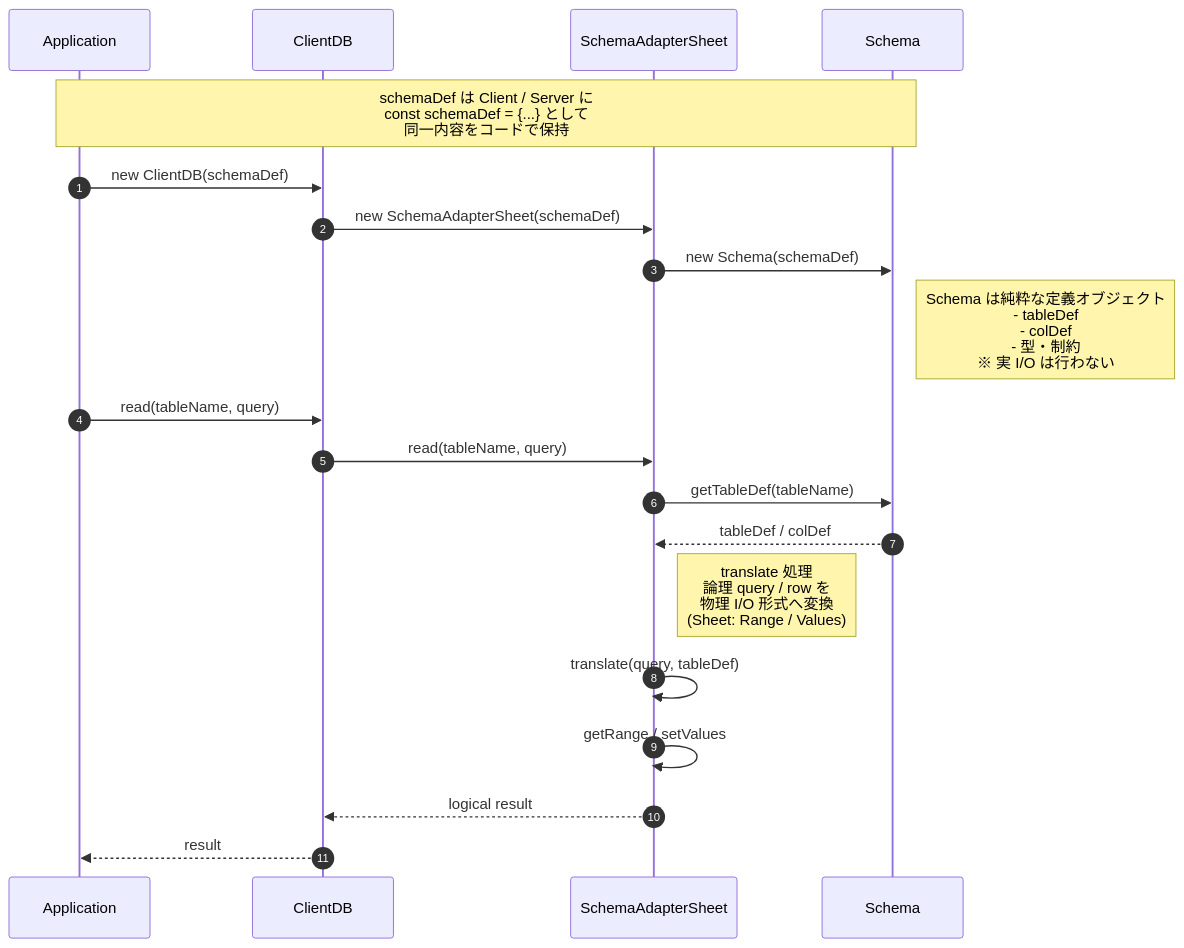
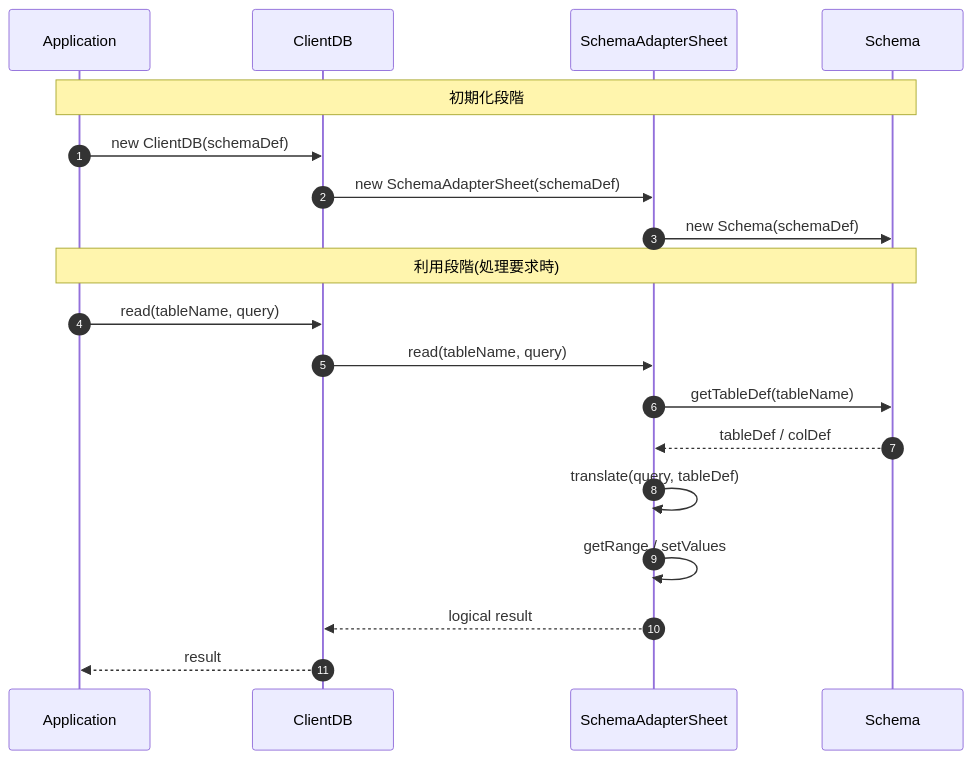
Before and after one commit to nakaone/library: the diagram in underDev/Schema/sequence.md, drawn with Mermaid. The commit also changed other lines of this file, not shown here.

````diff
--- a/underDev/Schema/sequence.md
+++ b/underDev/Schema/sequence.md
@@ -3,32 +8,30 @@
 ```mermaid
 sequenceDiagram
-    autonumber
+  autonumber
 
-    participant App as Application
-    participant DB as ClientDB
-    participant Adapter as SchemaAdapterSheet
-    participant Schema as Schema
+  participant App as Application
+  participant DB as ClientDB
+  participant Adapter as SchemaAdapterSheet
+  participant Schema as Schema
 
-    Note over App,Schema: schemaDef は Client / Server に<br/>const schemaDef = {...} として<br/>同一内容をコードで保持
+  Note over App,Schema: 初期化段階
 
-    %% 初期化フェーズ
-    App->>DB: new ClientDB(schemaDef)
-    DB->>Adapter: new SchemaAdapterSheet(schemaDef)
-    Adapter->>Schema: new Schema(schemaDef)
+  %% 初期化フェーズ
+  App->>DB: new ClientDB(schemaDef)
+  DB->>Adapter: new SchemaAdapterSheet(schemaDef)
+  Adapter->>Schema: new Schema(schemaDef)
 
-    Note right of Schema: Schema は純粋な定義オブジェクト<br/>- tableDef<br/>- colDef<br/>- 型・制約<br/>※ 実 I/O は行わない
+  Note over App,Schema: 利用段階(処理要求時)
 
-    %% 利用フェーズ（例：read）
-    App->>DB: read(tableName, query)
-    DB->>Adapter: read(tableName, query)
+  %% 利用フェーズ（例：read）
+  App->>DB: read(tableName, query)
+  DB->>Adapter: read(tableName, query)
 
-    Adapter->>Schema: getTableDef(tableName)
-    Schema-->>Adapter: tableDef / colDef
+  Adapter->>Schema: getTableDef(tableName)
+  Schema-->>Adapter: tableDef / colDef
 
-    Note right of Adapter: translate 処理<br/>論理 query / row を<br/>物理 I/O 形式へ変換<br/>(Sheet: Range / Values)
-
-    Adapter->>Adapter: translate(query, tableDef)
-    Adapter->>Adapter: getRange / setValues
-    Adapter-->>DB: logical result
-    DB-->>App: result
+  Adapter->>Adapter: translate(query, tableDef)
+  Adapter->>Adapter: getRange / setValues
+  Adapter-->>DB: logical result
+  DB-->>App: result
 ```
````
